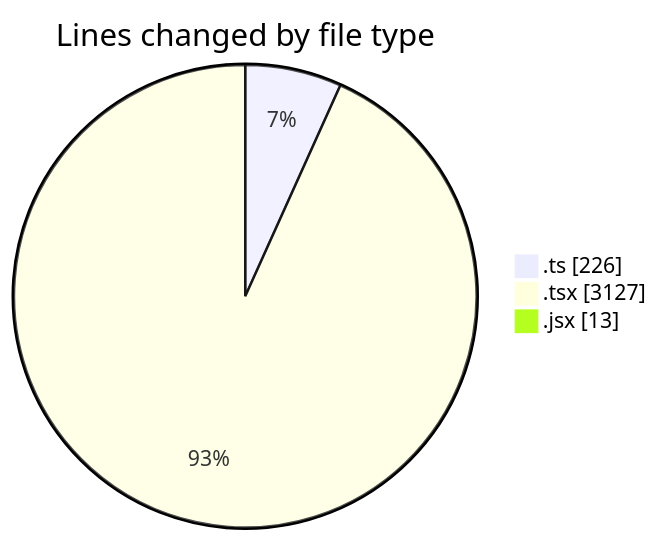
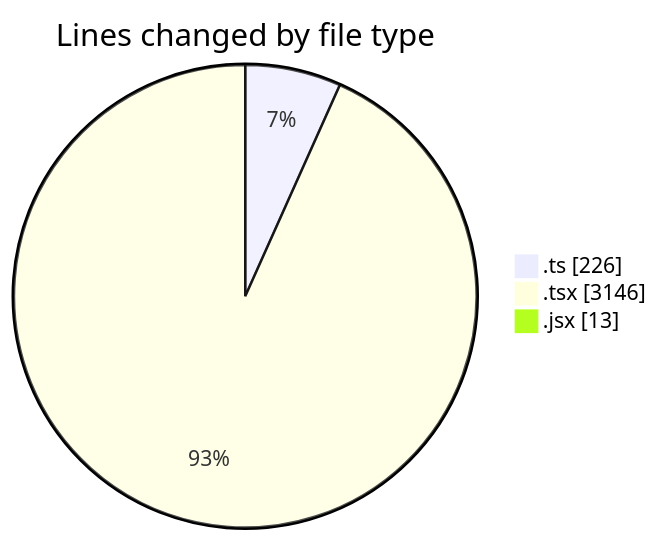
The first of 2 diagrams in 2025-12-02/cda/README.md (momahboobian/code-tracking), drawn with Mermaid before and after one commit. The commit also changed other lines of this file and 1 other file, not shown here.

````diff
--- a/2025-12-02/cda/README.md
+++ b/2025-12-02/cda/README.md
@@ -30,7 +30,7 @@
 ```mermaid
 pie showData
 title Lines changed by file type
 ".ts" : 226
-".tsx" : 3127
+".tsx" : 3146
 ".jsx" : 13
 ```
````
